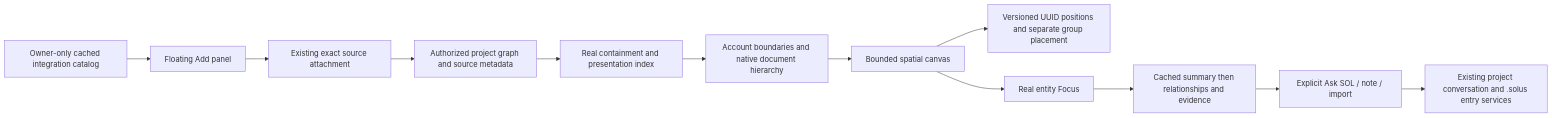
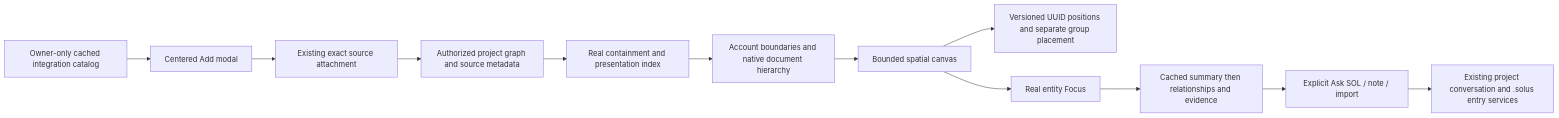
One commit to mehdihdev/Solus changed the diagram in docs/architecture/workspace-navigation.md. Above: the diagram before and after it, drawn with Mermaid. The commit also changed other lines of this file and 400 other files, not shown here.

Commit message:
SOLUSDEV-320: corrections to graph workspace

````diff
--- a/docs/architecture/workspace-navigation.md
+++ b/docs/architecture/workspace-navigation.md
@@ -12,14 +12,14 @@
 ```mermaid
 flowchart LR
   Graph[Authorized project graph and source metadata] --> Index[Real containment and presentation index]
-  Accounts[Owner-only cached integration catalog] --> Add[Floating Add panel]
+  Accounts[Owner-only cached integration catalog] --> Add[Centered Add modal]
   Add --> Attach[Existing exact source attachment]
   Attach --> Graph
   Index --> Groups[Account boundaries and native document hierarchy]
   Groups --> Canvas[Bounded spatial canvas]
   Canvas --> Layout[Versioned UUID positions and separate group placement]
   Canvas --> Focus[Real entity Focus]
   Focus --> Inspector[Cached summary then relationships and evidence]
   Inspector --> Action[Explicit Ask SOL / note / import]
   Action --> Existing[Existing project conversation and .solus entry services]
 ```
````
